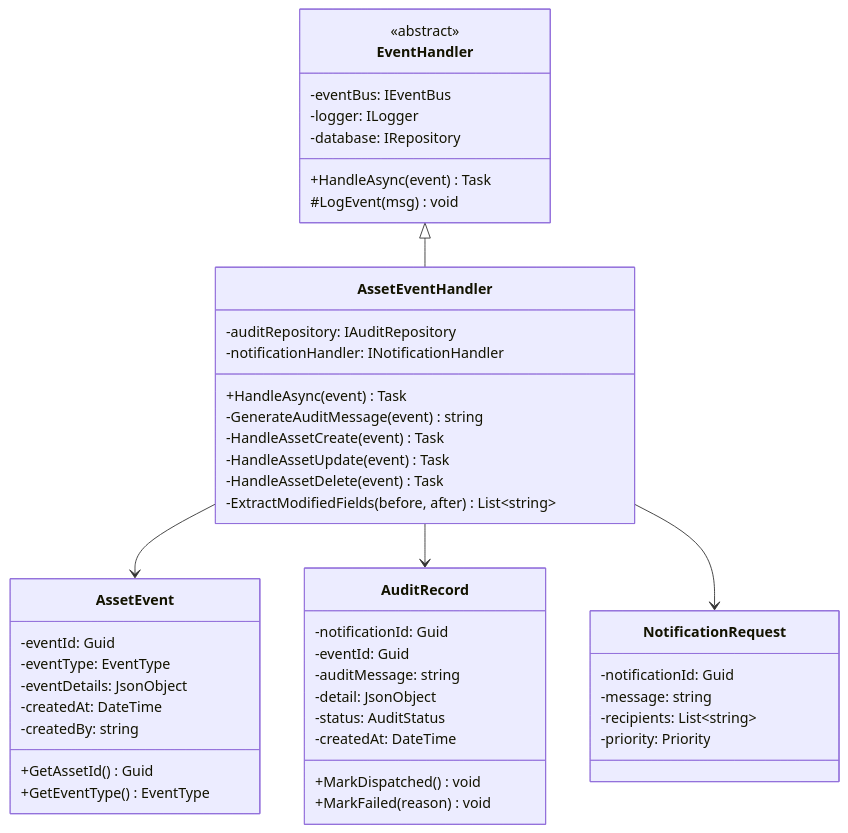
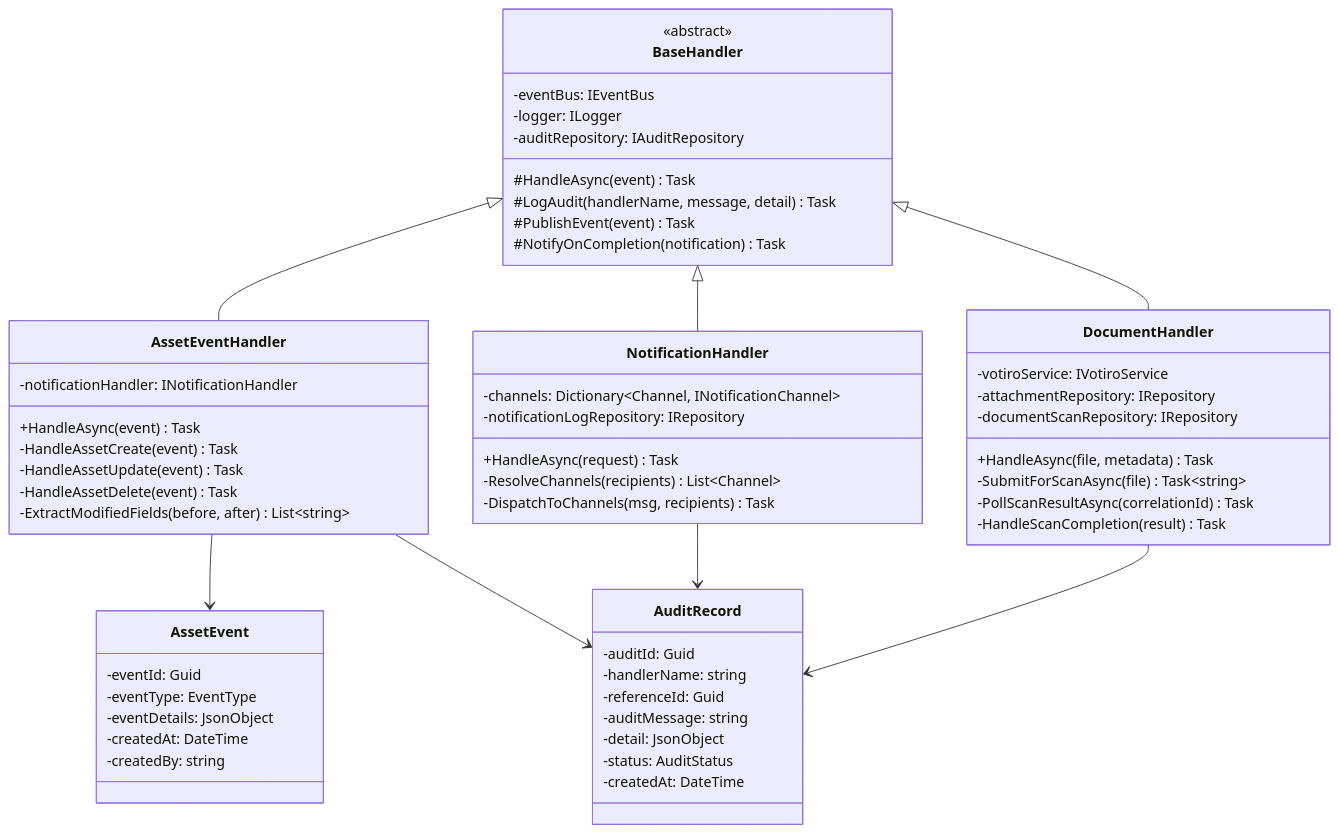
One commit to arup-ghosh-maersk/cia-lld changed the second of 4 diagrams in asset-management/diagrams/03_Component_Class_Diagrams.md. Above: the diagram before and after it, drawn with Mermaid. The commit also changed other lines of this file, not shown here.

````diff
--- a/asset-management/diagrams/03_Component_Class_Diagrams.md
+++ b/asset-management/diagrams/03_Component_Class_Diagrams.md
@@ -81,55 +79,67 @@
 ```mermaid
 classDiagram
-    class EventHandler {
+    class BaseHandler {
         <<abstract>>
         -eventBus: IEventBus
         -logger: ILogger
-        -database: IRepository
-        +HandleAsync(event) Task
-        #LogEvent(msg) void
+        -auditRepository: IAuditRepository
+        #HandleAsync(event) Task
+        #LogAudit(handlerName, message, detail) Task
+        #PublishEvent(event) Task
+        #NotifyOnCompletion(notification) Task
     }
 
     class AssetEventHandler {
-        -auditRepository: IAuditRepository
         -notificationHandler: INotificationHandler
         +HandleAsync(event) Task
-        -GenerateAuditMessage(event) string
         -HandleAssetCreate(event) Task
         -HandleAssetUpdate(event) Task
         -HandleAssetDelete(event) Task
         -ExtractModifiedFields(before, after) List~string~
     }
+
+    class NotificationHandler {
+        -channels: Dictionary~Channel, INotificationChannel~
+        -notificationLogRepository: IRepository
+        +HandleAsync(request) Task
+        -ResolveChannels(recipients) List~Channel~
+        -DispatchToChannels(msg, recipients) Task
+    }
+
+    class DocumentHandler {
+        -votiroService: IVotiroService
+        -attachmentRepository: IRepository
+        -documentScanRepository: IRepository
+        +HandleAsync(file, metadata) Task
+        -SubmitForScanAsync(file) Task~string~
+        -PollScanResultAsync(correlationId) Task
+        -HandleScanCompletion(result) Task
+    }
+
+    BaseHandler <|-- AssetEventHandler
+    BaseHandler <|-- NotificationHandler
+    BaseHandler <|-- DocumentHandler
 
     class AssetEvent {
         -eventId: Guid
         -eventType: EventType
         -eventDetails: JsonObject
         -createdAt: DateTime
         -createdBy: string
-        +GetAssetId() Guid
-        +GetEventType() EventType
     }
 
     class AuditRecord {
-        -notificationId: Guid
-        -eventId: Guid
+        -auditId: Guid
+        -handlerName: string
+        -referenceId: Guid
         -auditMessage: string
         -detail: JsonObject
         -status: AuditStatus
         -createdAt: DateTime
-        +MarkDispatched() void
-        +MarkFailed(reason) void
     }
 
-    class NotificationRequest {
-        -notificationId: Guid
-        -message: string
-        -recipients: List~string~
-        -priority: Priority
-    }
-
-    EventHandler <|-- AssetEventHandler
     AssetEventHandler --> AssetEvent
     AssetEventHandler --> AuditRecord
-    AssetEventHandler --> NotificationRequest
+    NotificationHandler --> AuditRecord
+    DocumentHandler --> AuditRecord
 ```
````
